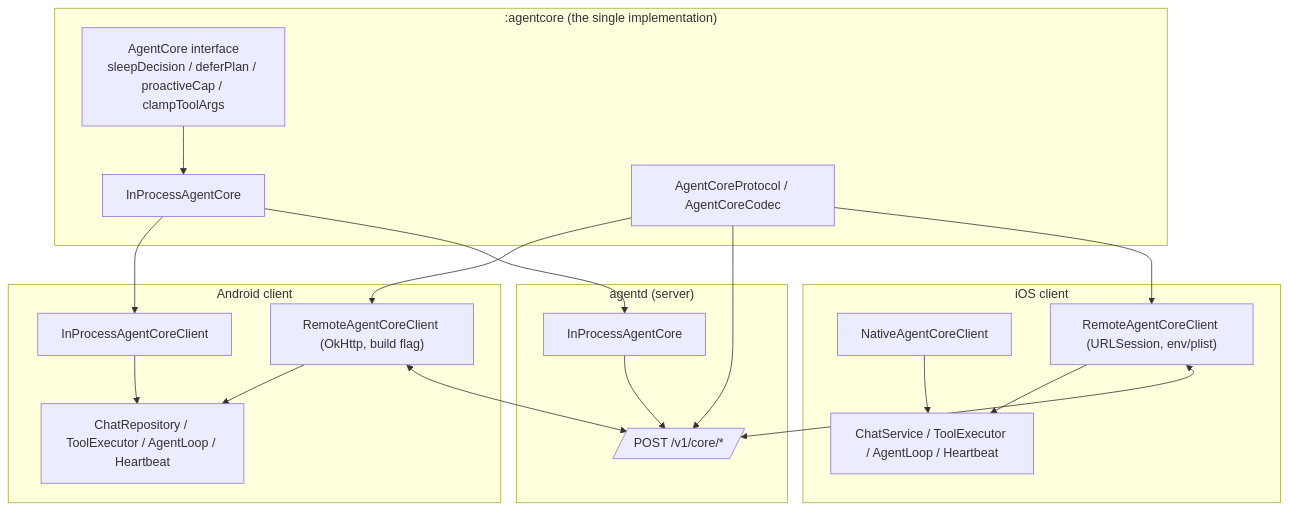
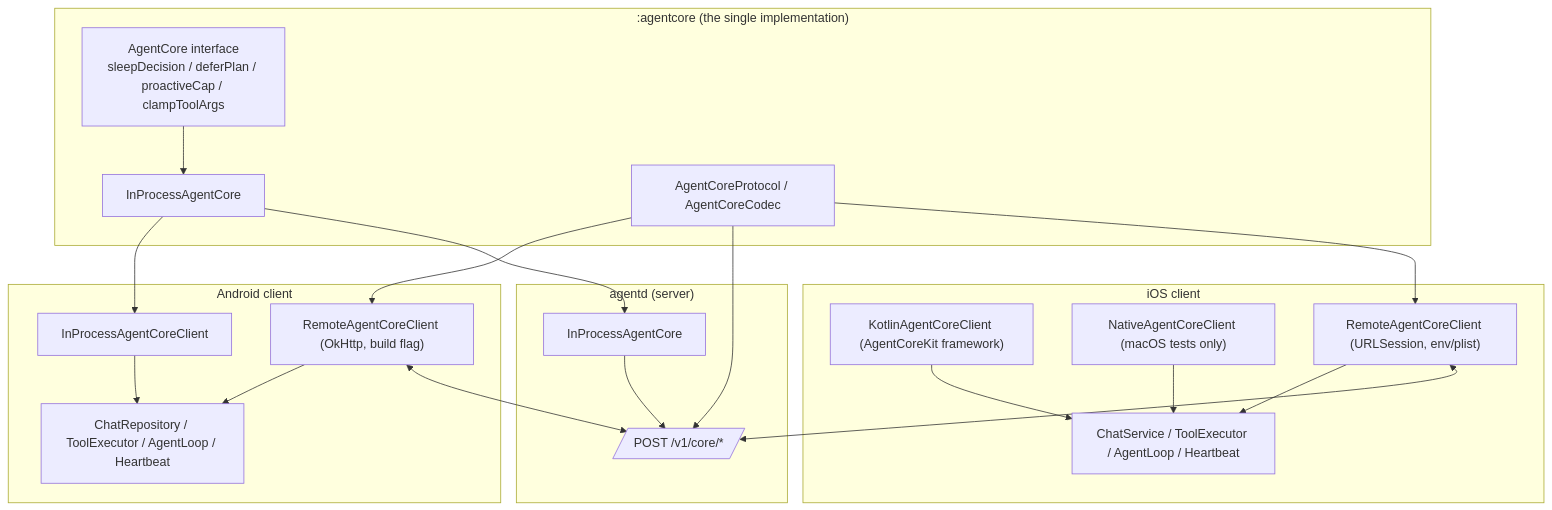
Before and after one commit to HepingGe2333/MyFriend: the third of 3 diagrams in docs/ARCHITECTURE.en.md, drawn with Mermaid. The commit also changed other lines of this file and 196 other files, not shown here.

First line of the commit message:
0.12.0（dev）：agentcore 迁移 Kotlin Multiplatform、历史按区块存储与分页、检索取消候选上限、备份 v3 携带图片

````diff
--- a/docs/ARCHITECTURE.en.md
+++ b/docs/ARCHITECTURE.en.md
@@ -120,35 +121,37 @@
 ```mermaid
 flowchart TB
   subgraph shared[":agentcore (the single implementation)"]
     AC[AgentCore interface<br/>sleepDecision / deferPlan / proactiveCap / clampToolArgs]
     IP[InProcessAgentCore]
     PR[AgentCoreProtocol / AgentCoreCodec]
   end
   subgraph android["Android client"]
     A1[ChatRepository / ToolExecutor / AgentLoop / Heartbeat]
     A2[InProcessAgentCoreClient]
     A3["RemoteAgentCoreClient (OkHttp, build flag)"]
   end
   subgraph ios["iOS client"]
     I1[ChatService / ToolExecutor / AgentLoop / Heartbeat]
-    I2[NativeAgentCoreClient]
+    I2["KotlinAgentCoreClient (AgentCoreKit framework)"]
+    I2b["NativeAgentCoreClient (macOS tests only)"]
     I3["RemoteAgentCoreClient (URLSession, env/plist)"]
   end
   subgraph server["agentd (server)"]
     S1[/"POST /v1/core/*"/]
     S2[InProcessAgentCore]
   end
   AC --> IP
   IP --> A2
   IP --> S2
   A2 --> A1
   A3 --> A1
   A3 <--> S1
   I2 --> I1
+  I2b --> I1
   I3 --> I1
   I3 <--> S1
   S2 --> S1
   PR --> A3
   PR --> S1
   PR --> I3
 ```
````
